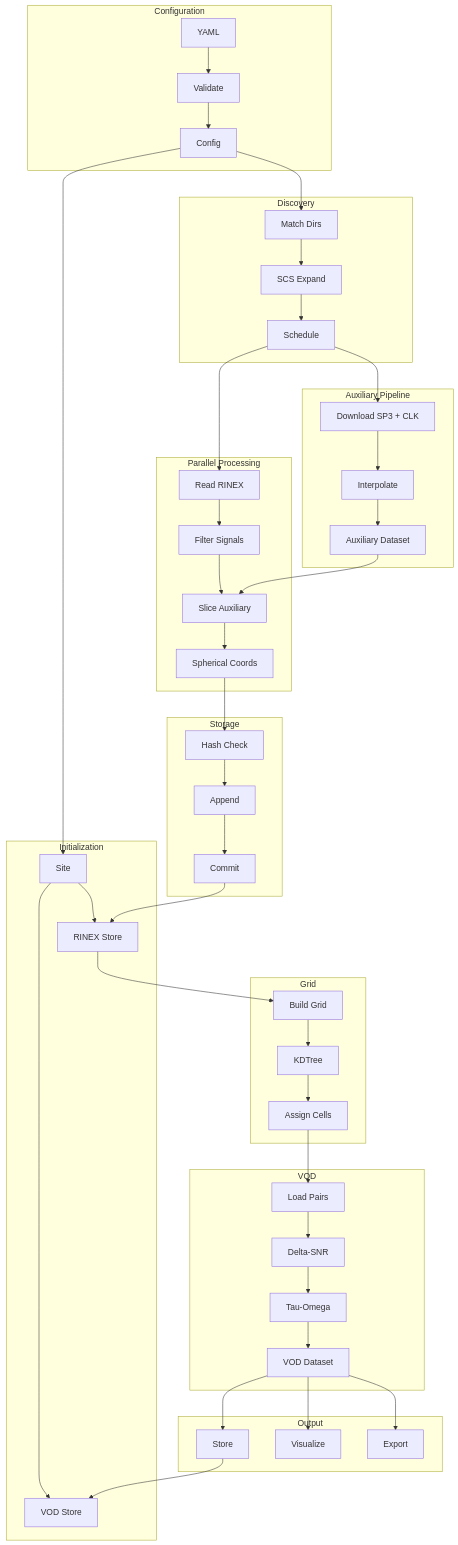
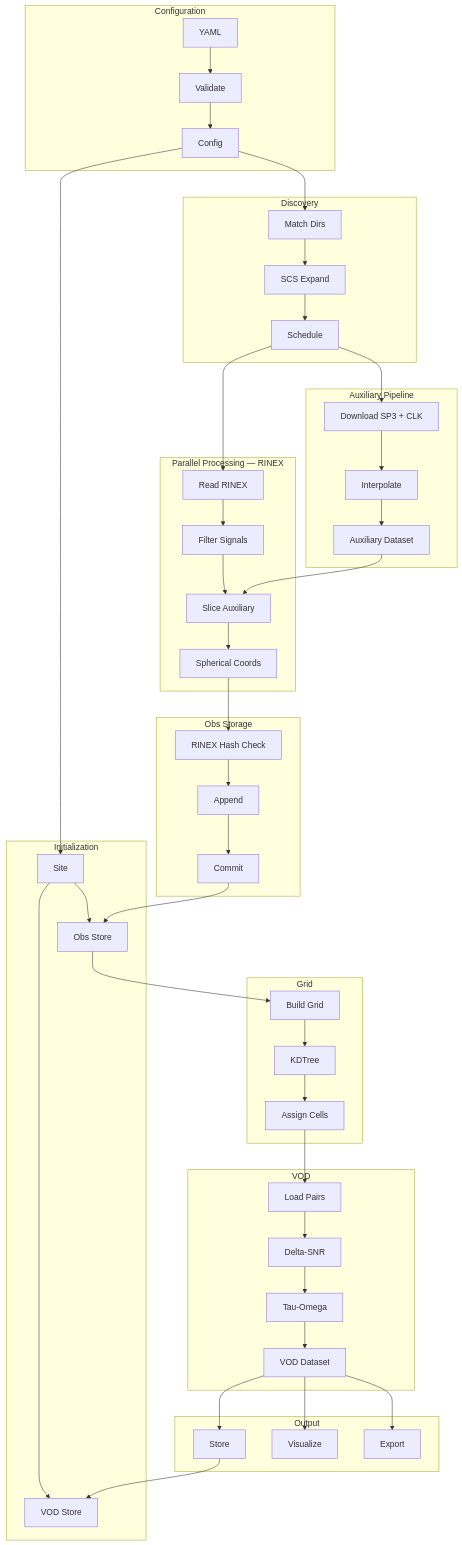
Before and after one commit to mfkiwl/canvodpy: the diagram in docs/diagrams/paper/10-complete-logical-flow.mmd, drawn with Mermaid. The commit also changed 38 other files, not shown here.

```diff
--- a/docs/diagrams/paper/10-complete-logical-flow.mmd
+++ b/docs/diagrams/paper/10-complete-logical-flow.mmd
@@ -1,79 +1,76 @@
 flowchart TD
     subgraph CFG["Configuration"]
         YAML["YAML"]
         VALID["Validate"]
         CONF["Config"]
     end
 
     subgraph INIT["Initialization"]
         SITE["Site"]
-        RX_ST["RINEX Store"]
+        RX_ST["Obs Store"]
         VOD_ST["VOD Store"]
     end
 
     subgraph DISC["Discovery"]
         MATCH["Match Dirs"]
         EXPAND["SCS Expand"]
         SCHED["Schedule"]
     end
 
     subgraph AUX["Auxiliary Pipeline"]
         DL["Download SP3 + CLK"]
         INTERP["Interpolate"]
         AUX_DS["Auxiliary Dataset"]
     end
 
-    subgraph PAR["Parallel Processing"]
-        READ["Read RINEX"]
-        FILT["Filter Signals"]
+    subgraph PAR_R["Parallel Processing — RINEX"]
+        READ_R["Read RINEX"]
+        FILT_R["Filter Signals"]
         SLICE["Slice Auxiliary"]
         SCS["Spherical Coords"]
     end
 
-    subgraph STORE["Storage"]
-        HASH["Hash Check"]
+    subgraph STORE_OBS["Obs Storage"]
+        HASH["RINEX Hash Check"]
         WRITE["Append"]
         COMMIT["Commit"]
     end
 
     subgraph GRID["Grid"]
         BUILD["Build Grid"]
         KD["KDTree"]
         ASSIGN["Assign Cells"]
     end
 
     subgraph VOD["VOD"]
         LOAD["Load Pairs"]
         DELTA["Delta-SNR"]
         TAU["Tau-Omega"]
         DS["VOD Dataset"]
     end
 
     subgraph OUT["Output"]
         SAVE["Store"]
         VIS["Visualize"]
         EXP["Export"]
     end
 
     YAML --> VALID --> CONF
     CONF --> SITE
     SITE --> RX_ST
     SITE --> VOD_ST
 
     CONF --> MATCH --> EXPAND --> SCHED
 
     SCHED --> DL --> INTERP --> AUX_DS
-
-    SCHED --> READ --> FILT --> SLICE --> SCS
+    SCHED --> READ_R --> FILT_R --> SLICE --> SCS
     AUX_DS --> SLICE
 
-    SCS --> HASH --> WRITE --> COMMIT
-    COMMIT --> RX_ST
+    SCS --> HASH --> WRITE --> COMMIT --> RX_ST
 
     RX_ST --> BUILD --> KD --> ASSIGN
-
     ASSIGN --> LOAD --> DELTA --> TAU --> DS
 
     DS --> SAVE --> VOD_ST
     DS --> VIS
     DS --> EXP
```
